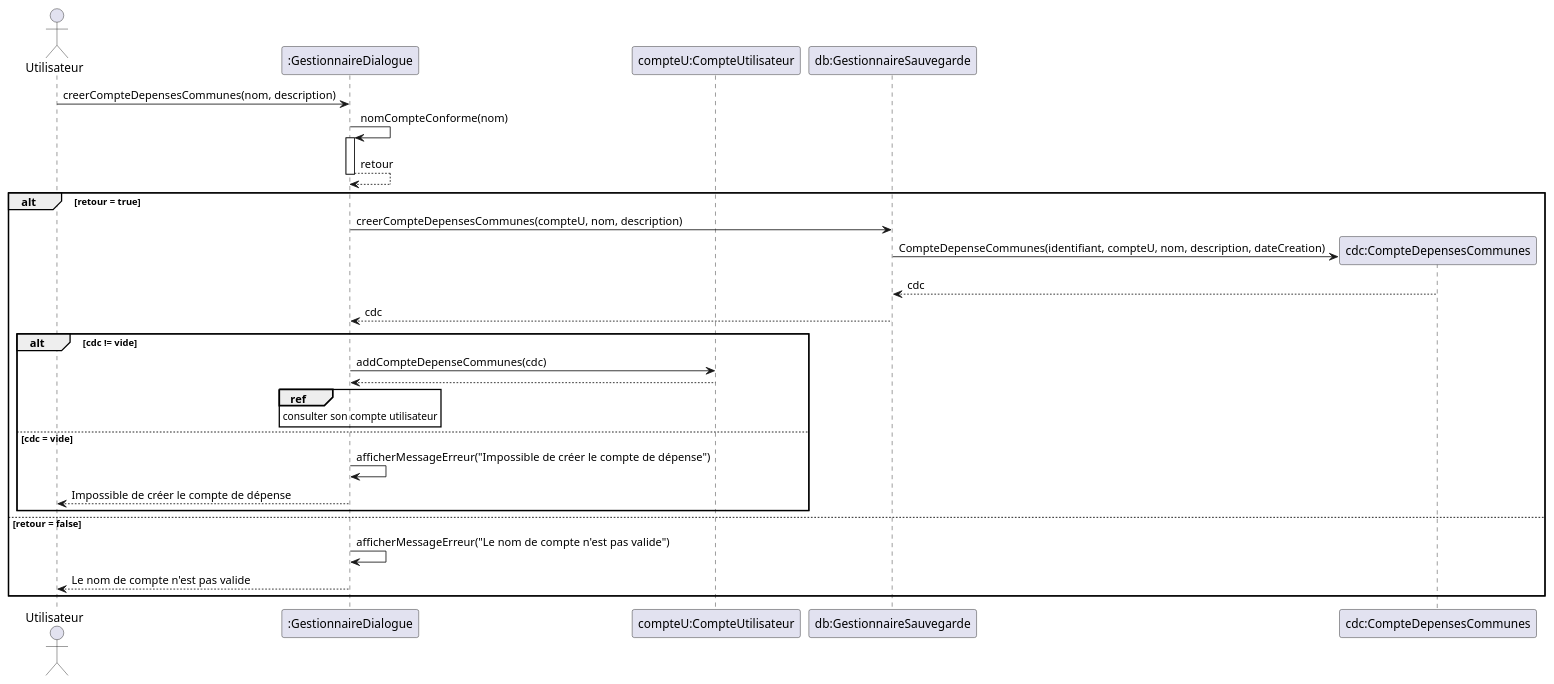
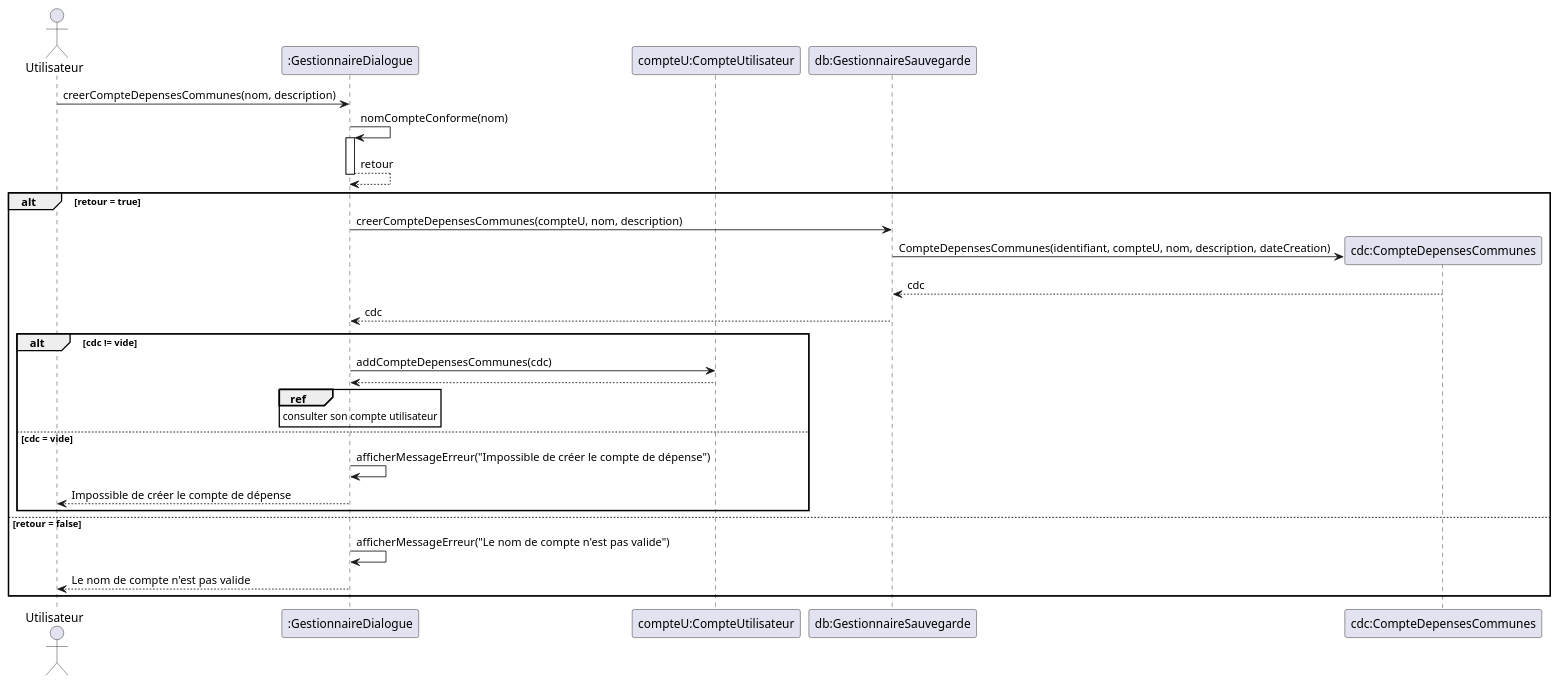
Before and after one commit to lmtb06/sharecount: the diagram in diagrammes/conception/creer-compte-depenses.puml, drawn with PlantUML. The commit also changed 10 other files, not shown here.

Commit message:
-Modification des diagrammes de séquences -Mise à jour du diagramme de classe -Ajout de ComptePersonnel

```diff
--- a/diagrammes/conception/creer-compte-depenses.puml
+++ b/diagrammes/conception/creer-compte-depenses.puml
@@ -1,30 +1,30 @@
 @startuml  Creer un compte de dépenses communes
 
 actor "Utilisateur" as us
 participant ":GestionnaireDialogue" as gd
 participant "compteU:CompteUtilisateur" as cu
 participant "db:GestionnaireSauvegarde" as gs
 participant "cdc:CompteDepensesCommunes" as cdc
 
 us 	-> 	gd : creerCompteDepensesCommunes(nom, description)
 ' verification du nom
 gd 	-> 	gd ++: nomCompteConforme(nom)
 gd 	--> 	gd --: retour
 alt retour = true
 gd 	-> 	gs : creerCompteDepensesCommunes(compteU, nom, description)
-gs 	-> 	cdc **: CompteDepenseCommunes(identifiant, compteU, nom, description, dateCreation)
+gs 	-> 	cdc **: CompteDepensesCommunes(identifiant, compteU, nom, description, dateCreation)
 cdc --> gs : cdc
 gs --> 	gd : cdc
 alt cdc != vide
-gd -> 	cu : addCompteDepenseCommunes(cdc)
+gd -> 	cu : addCompteDepensesCommunes(cdc)
 cu 	--> gd :
 ref over gd : consulter son compte utilisateur
 else cdc = vide
 gd 	-> 	gd 	: afficherMessageErreur("Impossible de créer le compte de dépense")
 gd 	--> 	us : Impossible de créer le compte de dépense
 end
 else retour = false
 gd 	-> 	gd : afficherMessageErreur("Le nom de compte n'est pas valide")
 gd 	--> 	us : Le nom de compte n'est pas valide
 end
 @enduml
```
